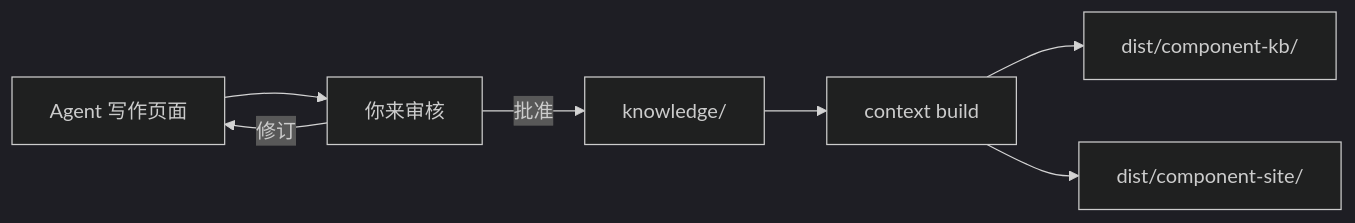
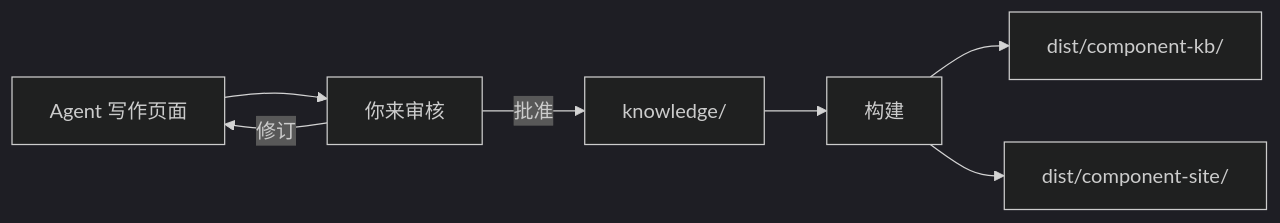
The diagram in translations/zh-CN/product/getting-started/quick-start.md (context4ai/portal), drawn with Mermaid (dark theme) before and after one commit. The commit also changed other lines of this file and 138 other files, not shown here.

````diff
--- a/translations/zh-CN/product/getting-started/quick-start.md
+++ b/translations/zh-CN/product/getting-started/quick-start.md
@@ -118,9 +78,9 @@
 ```mermaid
 flowchart LR
   write["Agent 写作页面"] --> review["你来审核"]
   review -->|"修订"| write
   review -->|"批准"| kn["knowledge/"]
-  kn --> build["context build"]
+  kn --> build["构建"]
   build --> kb["dist/component-kb/"]
   build --> site["dist/component-site/"]
 ```
````
